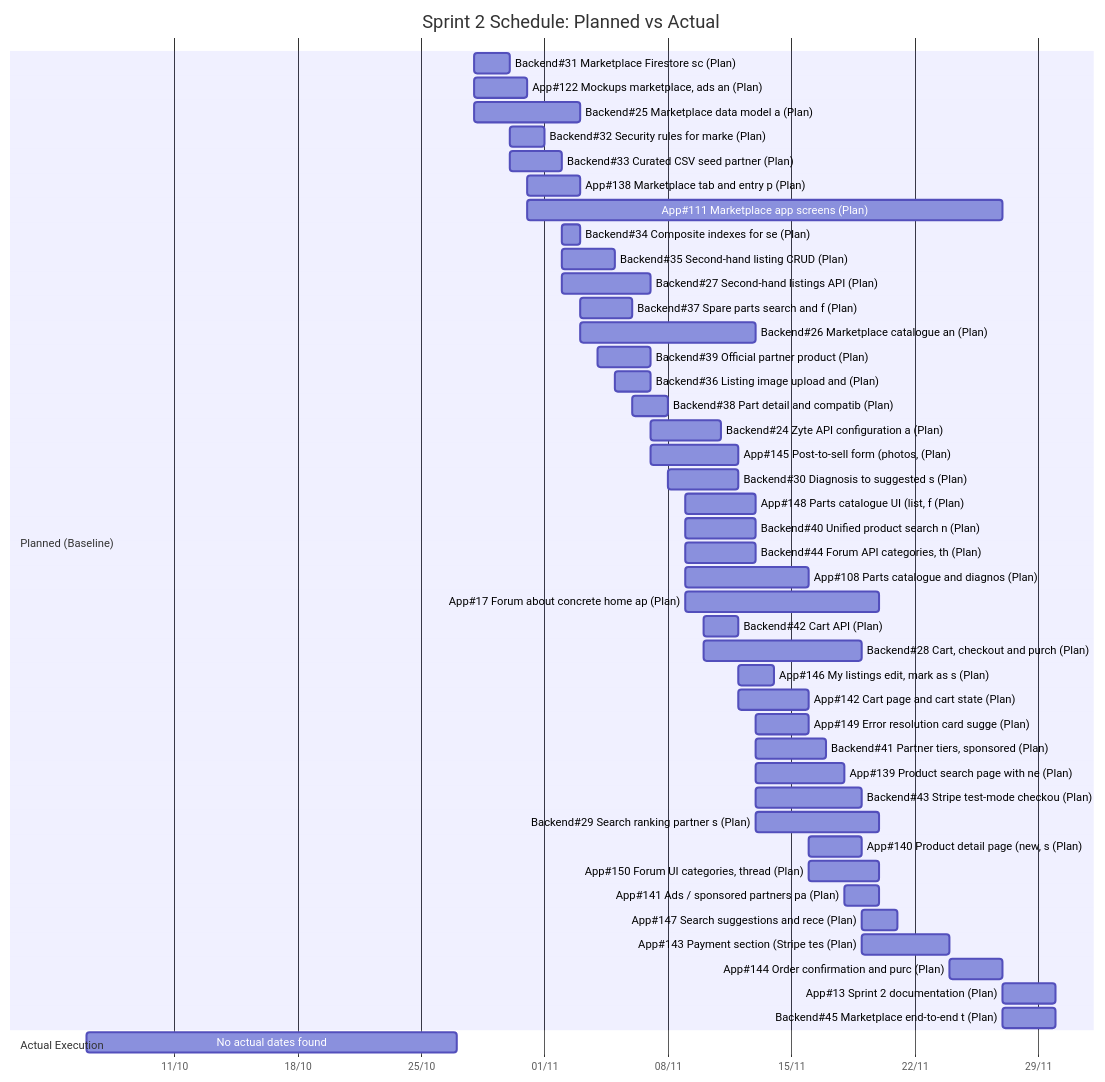
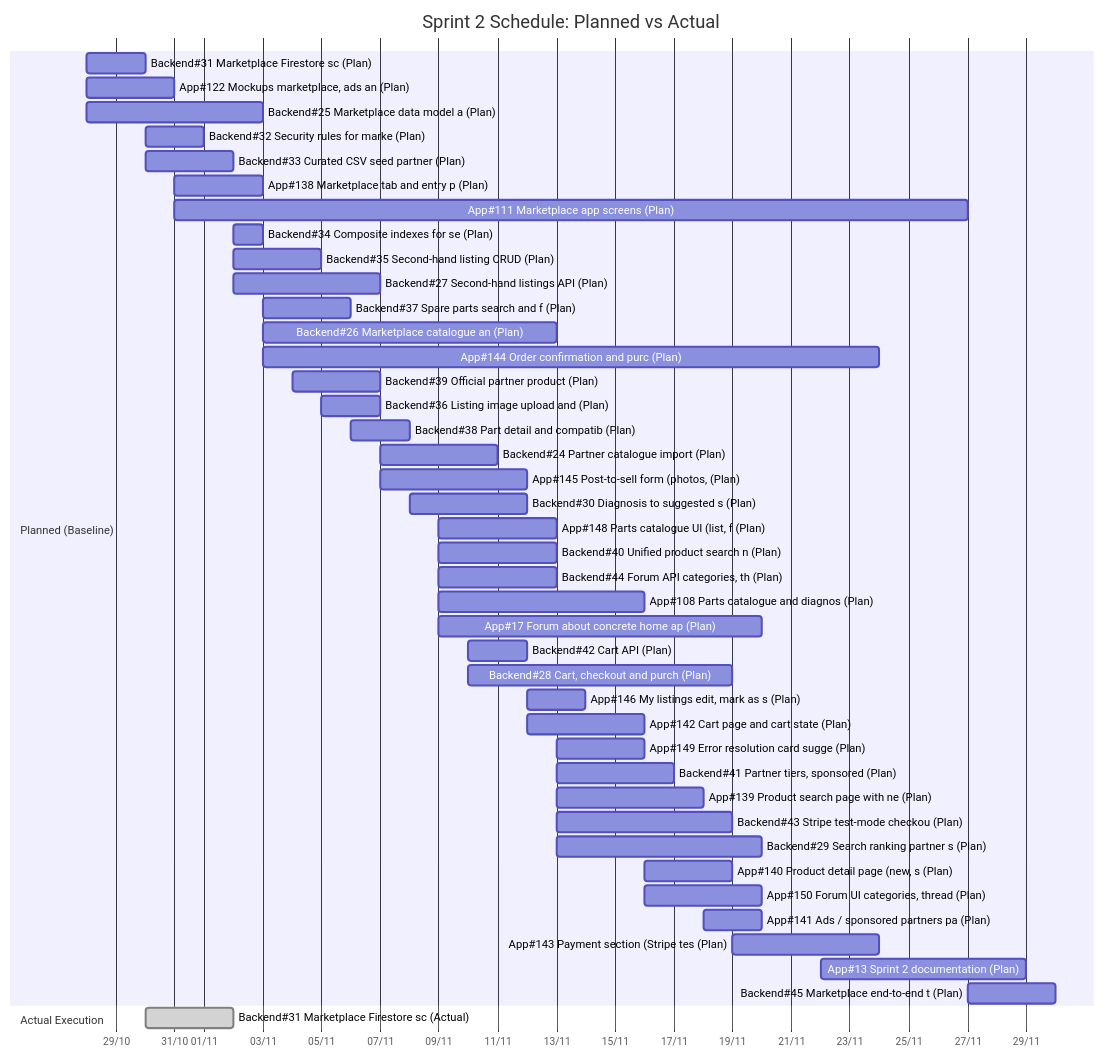
One commit to HoDoWo/app-kotlin changed the third of 5 diagrams in docs/gantt-chart.md. Above: the diagram before and after it, drawn with Mermaid. The commit also changed other lines of this file, not shown here.

Commit message:
Auto-update Gantt comparison chart for 2

````diff
--- a/docs/gantt-chart.md
+++ b/docs/gantt-chart.md
@@ -204,51 +210,50 @@
 ```mermaid
 gantt
     title Sprint 2 Schedule: Planned vs Actual
     dateFormat  YYYY-MM-DD
     axisFormat  %d/%m
 
     section Planned (Baseline)
     Backend#31 Marketplace Firestore sc (Plan) :p_backend_31, 2026-10-28, 2026-10-30
     App#122 Mockups marketplace, ads an (Plan) :p_app_122, 2026-10-28, 2026-10-31
     Backend#25 Marketplace data model a (Plan) :p_backend_25, 2026-10-28, 2026-11-03
     Backend#32 Security rules for marke (Plan) :p_backend_32, 2026-10-30, 2026-11-01
     Backend#33 Curated CSV seed partner (Plan) :p_backend_33, 2026-10-30, 2026-11-02
     App#138 Marketplace tab and entry p (Plan) :p_app_138, 2026-10-31, 2026-11-03
     App#111 Marketplace app screens (Plan) :p_app_111, 2026-10-31, 2026-11-27
     Backend#34 Composite indexes for se (Plan) :p_backend_34, 2026-11-02, 2026-11-03
     Backend#35 Second-hand listing CRUD (Plan) :p_backend_35, 2026-11-02, 2026-11-05
     Backend#27 Second-hand listings API (Plan) :p_backend_27, 2026-11-02, 2026-11-07
     Backend#37 Spare parts search and f (Plan) :p_backend_37, 2026-11-03, 2026-11-06
     Backend#26 Marketplace catalogue an (Plan) :p_backend_26, 2026-11-03, 2026-11-13
+    App#144 Order confirmation and purc (Plan) :p_app_144, 2026-11-03, 2026-11-24
     Backend#39 Official partner product (Plan) :p_backend_39, 2026-11-04, 2026-11-07
     Backend#36 Listing image upload and (Plan) :p_backend_36, 2026-11-05, 2026-11-07
     Backend#38 Part detail and compatib (Plan) :p_backend_38, 2026-11-06, 2026-11-08
-    Backend#24 Zyte API configuration a (Plan) :p_backend_24, 2026-11-07, 2026-11-11
+    Backend#24 Partner catalogue import (Plan) :p_backend_24, 2026-11-07, 2026-11-11
     App#145 Post-to-sell form (photos, (Plan) :p_app_145, 2026-11-07, 2026-11-12
     Backend#30 Diagnosis to suggested s (Plan) :p_backend_30, 2026-11-08, 2026-11-12
     App#148 Parts catalogue UI (list, f (Plan) :p_app_148, 2026-11-09, 2026-11-13
     Backend#40 Unified product search n (Plan) :p_backend_40, 2026-11-09, 2026-11-13
     Backend#44 Forum API categories, th (Plan) :p_backend_44, 2026-11-09, 2026-11-13
     App#108 Parts catalogue and diagnos (Plan) :p_app_108, 2026-11-09, 2026-11-16
     App#17 Forum about concrete home ap (Plan) :p_app_17, 2026-11-09, 2026-11-20
     Backend#42 Cart API (Plan) :p_backend_42, 2026-11-10, 2026-11-12
     Backend#28 Cart, checkout and purch (Plan) :p_backend_28, 2026-11-10, 2026-11-19
     App#146 My listings edit, mark as s (Plan) :p_app_146, 2026-11-12, 2026-11-14
     App#142 Cart page and cart state (Plan) :p_app_142, 2026-11-12, 2026-11-16
     App#149 Error resolution card sugge (Plan) :p_app_149, 2026-11-13, 2026-11-16
     Backend#41 Partner tiers, sponsored (Plan) :p_backend_41, 2026-11-13, 2026-11-17
     App#139 Product search page with ne (Plan) :p_app_139, 2026-11-13, 2026-11-18
     Backend#43 Stripe test-mode checkou (Plan) :p_backend_43, 2026-11-13, 2026-11-19
     Backend#29 Search ranking partner s (Plan) :p_backend_29, 2026-11-13, 2026-11-20
     App#140 Product detail page (new, s (Plan) :p_app_140, 2026-11-16, 2026-11-19
     App#150 Forum UI categories, thread (Plan) :p_app_150, 2026-11-16, 2026-11-20
     App#141 Ads / sponsored partners pa (Plan) :p_app_141, 2026-11-18, 2026-11-20
-    App#147 Search suggestions and rece (Plan) :p_app_147, 2026-11-19, 2026-11-21
     App#143 Payment section (Stripe tes (Plan) :p_app_143, 2026-11-19, 2026-11-24
-    App#144 Order confirmation and purc (Plan) :p_app_144, 2026-11-24, 2026-11-27
-    App#13 Sprint 2 documentation (Plan) :p_app_13, 2026-11-27, 2026-11-30
+    App#13 Sprint 2 documentation (Plan) :p_app_13, 2026-11-22, 2026-11-29
     Backend#45 Marketplace end-to-end t (Plan) :p_backend_45, 2026-11-27, 2026-11-30
 
     section Actual Execution
-    No actual dates found : 2026-10-06, 2026-10-27
+    Backend#31 Marketplace Firestore sc (Actual) :done, a_backend_31, 2026-10-30, 2026-11-02
 ```
````
